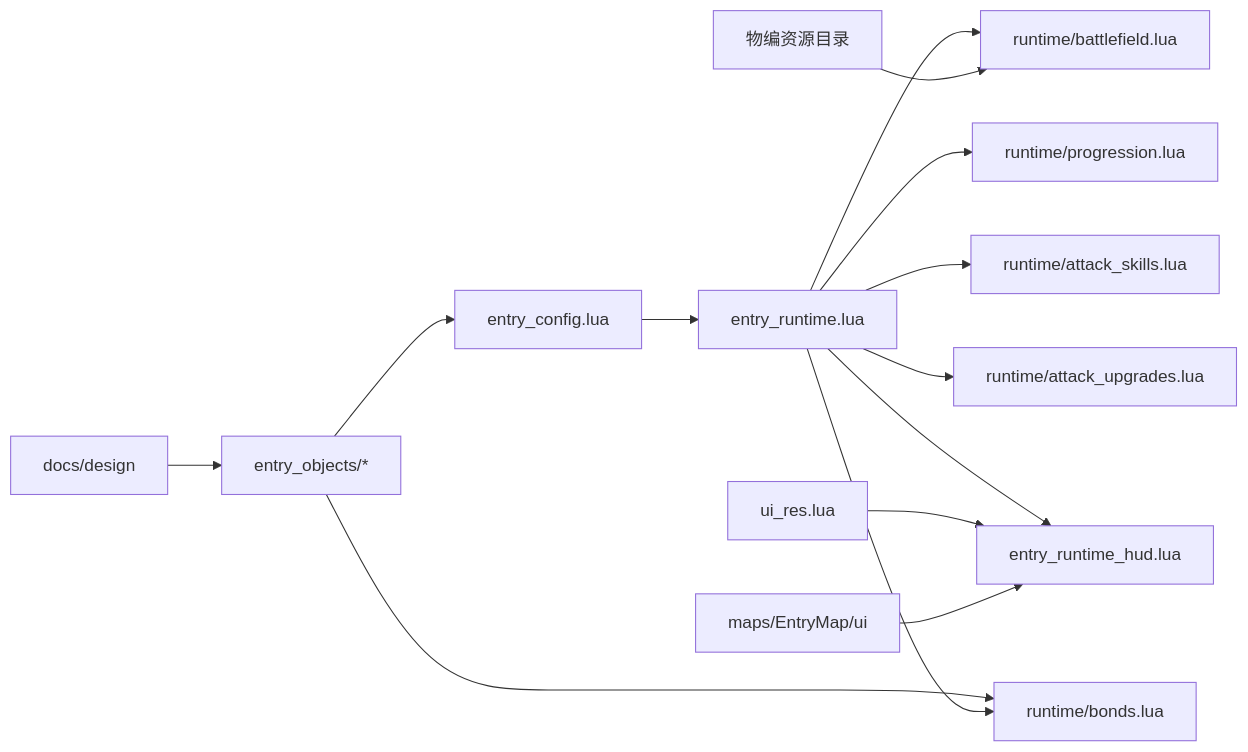
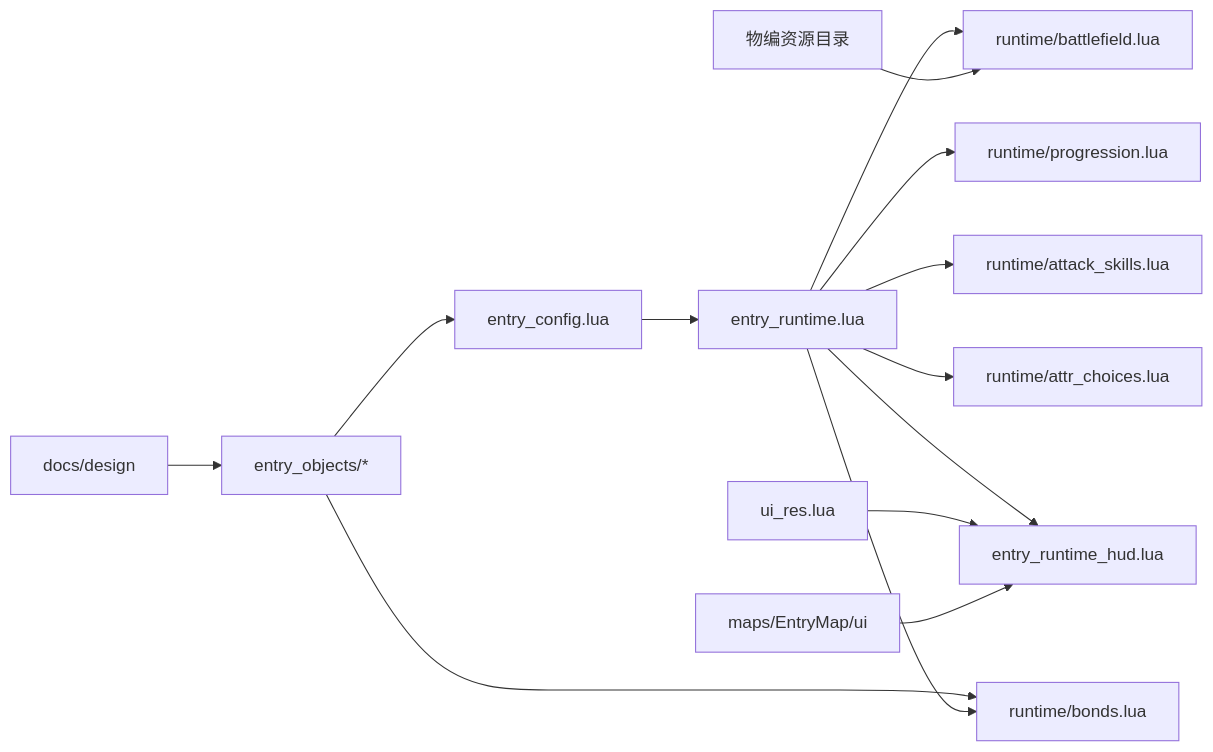
Before and after one commit to WindXRan/y3td: the fourth of 4 diagrams in maps/EntryMap/script/docs/归档/项目模块/99-流程图/整体游戏流程图.md, drawn with Mermaid. The commit also changed 41 other files, not shown here.

````diff
--- a/maps/EntryMap/script/docs/归档/项目模块/99-流程图/整体游戏流程图.md
+++ b/maps/EntryMap/script/docs/归档/项目模块/99-流程图/整体游戏流程图.md
@@ -72,16 +72,16 @@
 ```mermaid
 flowchart LR
     A[docs/design] --> B[entry_objects/*]
     B --> C[entry_config.lua]
     C --> D[entry_runtime.lua]
     D --> E[runtime/battlefield.lua]
     D --> F[runtime/progression.lua]
     D --> G[runtime/attack_skills.lua]
-    D --> H[runtime/attack_upgrades.lua]
+    D --> H[runtime/attr_choices.lua]
     D --> I[entry_runtime_hud.lua]
     B --> J[runtime/bonds.lua]
     D --> J
     K[ui_res.lua] --> I
     L[maps/EntryMap/ui] --> I
     M[物编资源目录] --> E
 ```
````
